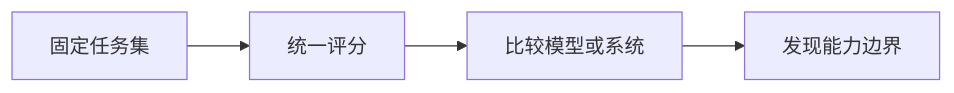
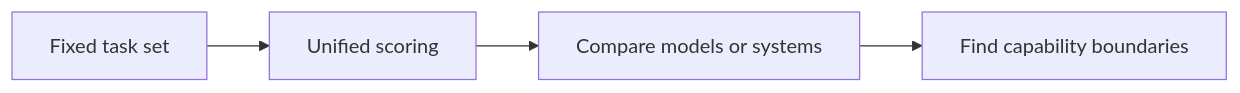
The diagram in docs/ch09-agent/ch08-eval-safety/02-benchmarks.md (oudbiao/AI-fullstack-course), drawn with Mermaid before and after one commit. The commit also changed other lines of this file and 1406 other files, not shown here.

````diff
--- a/docs/ch09-agent/ch08-eval-safety/02-benchmarks.md
+++ b/docs/ch09-agent/ch08-eval-safety/02-benchmarks.md
@@ -27,6 +27,6 @@
 ```mermaid
 flowchart LR
-  A[固定任务集] --> B[统一评分]
-  B --> C[比较模型或系统]
-  C --> D[发现能力边界]
+  A[Fixed task set] --> B[Unified scoring]
+  B --> C[Compare models or systems]
+  C --> D[Find capability boundaries]
 ```
````
